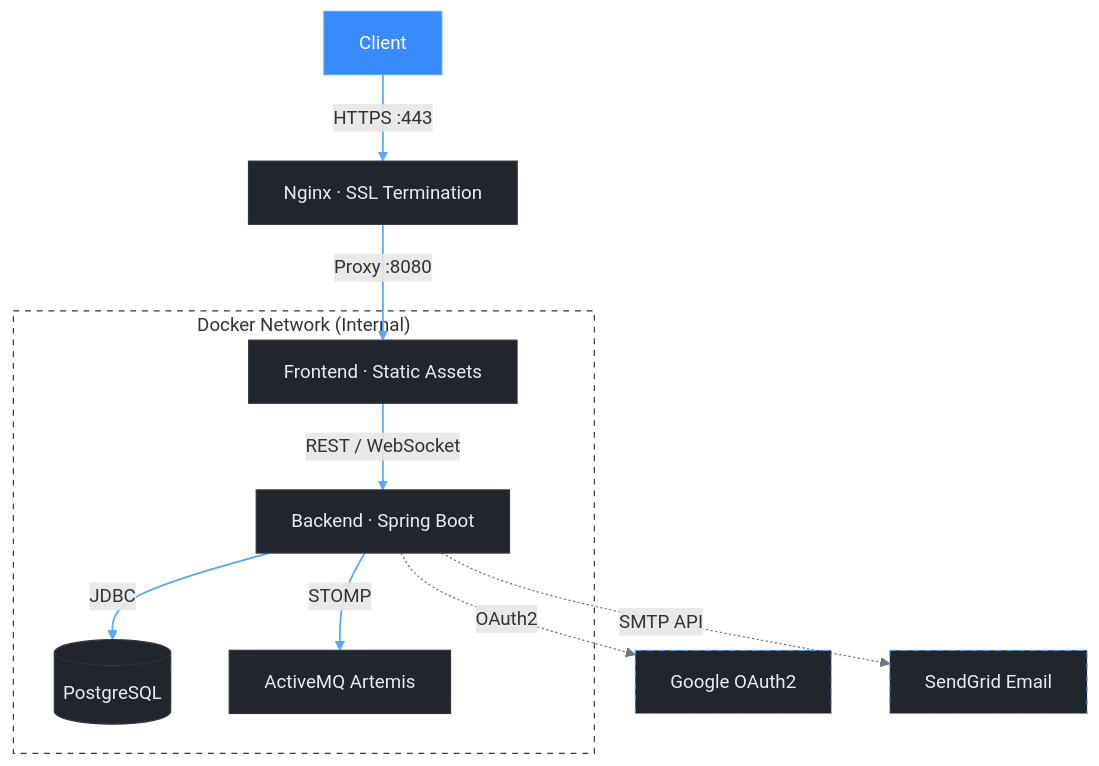
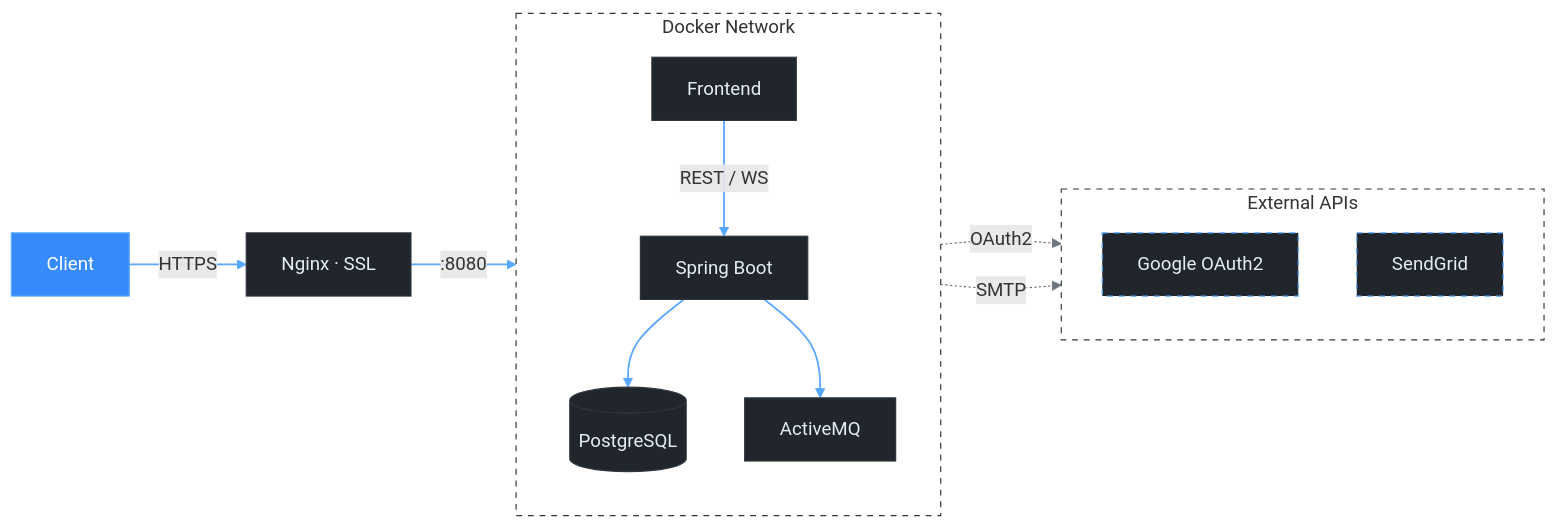
Before and after one commit to sagi-menahem/SynchBoard: the diagram in README.md, drawn with Mermaid.

Commit message:
docs: update flowchart in README for improved clarity and GitHub Dark Mode optimization

````diff
--- a/README.md
+++ b/README.md
@@ -64,33 +64,38 @@
 ```mermaid
-flowchart TD
+flowchart LR
     %% Minimalist theme optimized for GitHub Dark Mode
     classDef default fill:#21262d,stroke:#30363d,stroke-width:1px,color:#e6edf3
     classDef accent fill:#388bfd,stroke:#58a6ff,stroke-width:1px,color:#ffffff
     classDef external fill:#21262d,stroke:#58a6ff,stroke-width:1px,color:#e6edf3,stroke-dasharray:5 5
 
     Client["Client"]:::accent
-    Nginx["Nginx · SSL Termination"]
+    Nginx["Nginx · SSL"]
 
-    subgraph docker ["Docker Network (Internal)"]
-        Frontend["Frontend · Static Assets"]
-        Backend["Backend · Spring Boot"]
+    subgraph docker ["Docker Network"]
+        direction TB
+        Frontend["Frontend"]
+        Backend["Spring Boot"]
         Postgres[("PostgreSQL")]
-        ActiveMQ["ActiveMQ Artemis"]
+        ActiveMQ["ActiveMQ"]
     end
 
-    Google["Google OAuth2"]:::external
-    SendGrid["SendGrid Email"]:::external
+    subgraph ext ["External APIs"]
+        direction TB
+        Google["Google OAuth2"]:::external
+        SendGrid["SendGrid"]:::external
+    end
 
-    Client -->|HTTPS :443| Nginx
-    Nginx -->|Proxy :8080| Frontend
-    Frontend -->|REST / WebSocket| Backend
-    Backend -->|JDBC| Postgres
-    Backend -->|STOMP| ActiveMQ
+    Client -->|HTTPS| Nginx
+    Nginx -->|:8080| Frontend
+    Frontend -->|REST / WS| Backend
+    Backend --> Postgres
+    Backend --> ActiveMQ
     Backend -.->|OAuth2| Google
-    Backend -.->|SMTP API| SendGrid
+    Backend -.->|SMTP| SendGrid
 
     style docker fill:transparent,stroke:#30363d,stroke-width:1px,stroke-dasharray:5 5
+    style ext fill:transparent,stroke:#30363d,stroke-width:1px,stroke-dasharray:5 5
 
     linkStyle 0,1,2,3,4 stroke:#58a6ff,stroke-width:1.5px
     linkStyle 5,6 stroke:#6e7681,stroke-width:1px
 ```
````
